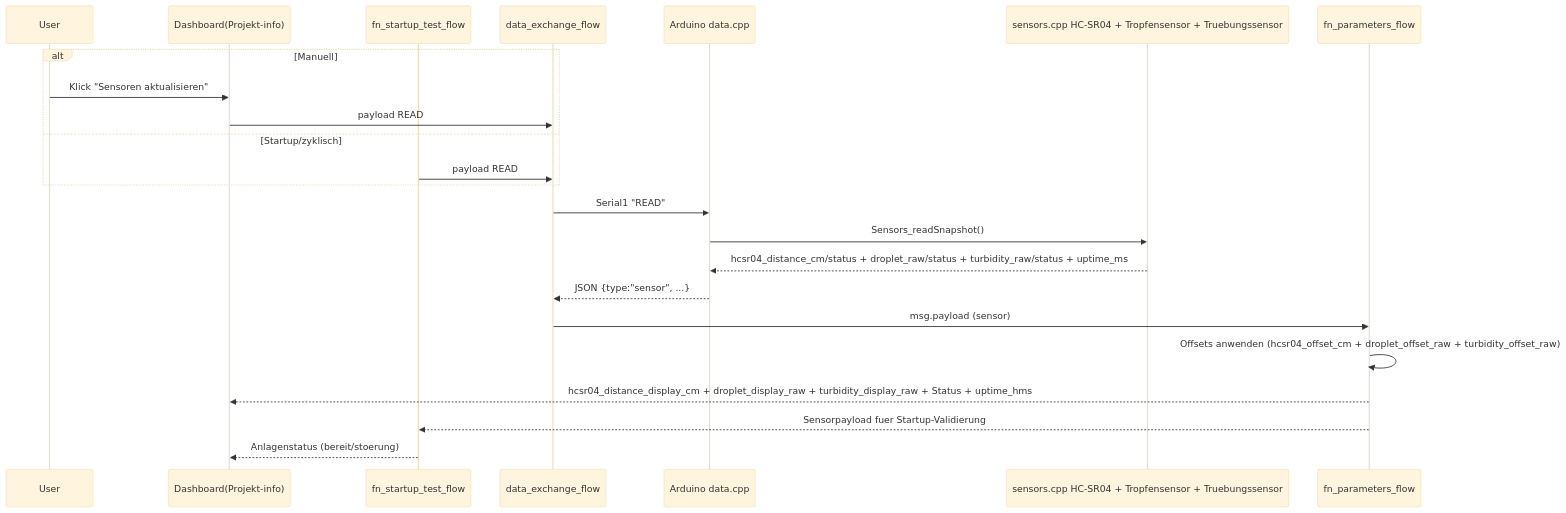
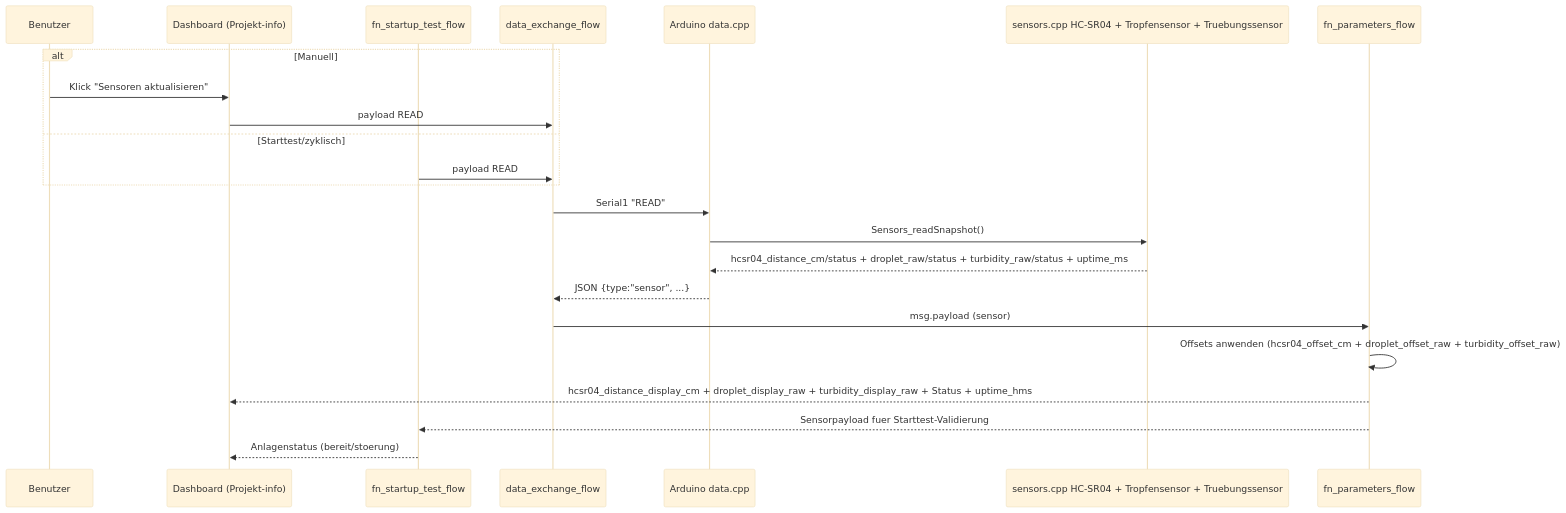
The fourth of 13 diagrams in nodered/flows/FLOW_ARCHITEKTUR_PLAN.md (HerrnDK/Projekt), drawn with Mermaid (base theme) before and after one commit. The commit also changed other lines of this file and 11 other files, not shown here.

````diff
--- a/nodered/flows/FLOW_ARCHITEKTUR_PLAN.md
+++ b/nodered/flows/FLOW_ARCHITEKTUR_PLAN.md
@@ -100,27 +100,27 @@
 ```mermaid
 sequenceDiagram
-  participant U as User
-  participant D as Dashboard(Projekt-info)
+  participant U as Benutzer
+  participant D as Dashboard (Projekt-info)
   participant ST as fn_startup_test_flow
   participant X as data_exchange_flow
   participant A as Arduino data.cpp
   participant S as sensors.cpp HC-SR04 + Tropfensensor + Truebungssensor
   participant P as fn_parameters_flow
 
   alt Manuell
     U->>D: Klick "Sensoren aktualisieren"
     D->>X: payload READ
-  else Startup/zyklisch
+  else Starttest/zyklisch
     ST->>X: payload READ
   end
 
   X->>A: Serial1 "READ"
   A->>S: Sensors_readSnapshot()
   S-->>A: hcsr04_distance_cm/status + droplet_raw/status + turbidity_raw/status + uptime_ms
   A-->>X: JSON {type:"sensor", ...}
   X->>P: msg.payload (sensor)
   P->>P: Offsets anwenden (hcsr04_offset_cm + droplet_offset_raw + turbidity_offset_raw)
   P-->>D: hcsr04_distance_display_cm + droplet_display_raw + turbidity_display_raw + Status + uptime_hms
-  P-->>ST: Sensorpayload fuer Startup-Validierung
+  P-->>ST: Sensorpayload fuer Starttest-Validierung
   ST-->>D: Anlagenstatus (bereit/stoerung)
 ```
````
